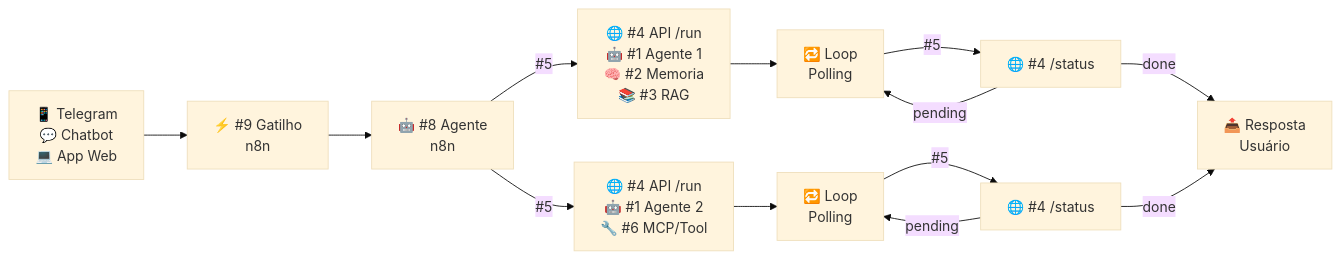
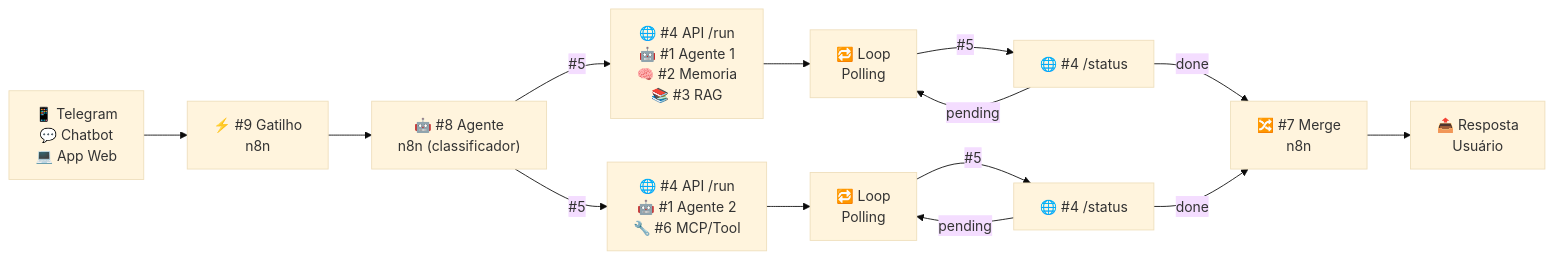
One commit to jcguimaraesnet/course-intelligent-agents changed the diagram in pages/block-project/slide-etapa1-5.md. Above: the diagram before and after it, drawn with Mermaid (base theme). The commit also changed other lines of this file, not shown here.

Commit message:
docs: adicionar no de merge e pergunta exemplo no diagrama de arquitetura da etapa 1.5

````diff
--- a/pages/block-project/slide-etapa1-5.md
+++ b/pages/block-project/slide-etapa1-5.md
@@ -46,17 +46,19 @@
 ```mermaid {theme: 'dark'}
 flowchart LR
     UI["📱 Telegram<br/>💬 Chatbot<br/>💻 App Web"] --> Trigger["⚡ #9 Gatilho<br/>n8n"]
-    Trigger --> AgentN8N["🤖 #8 Agente<br/>n8n"]
+    Trigger --> AgentN8N["🤖 #8 Agente<br/>n8n (classificador)"]
 
     AgentN8N -->|"#5"| API1["🌐 #4 API /run<br/>🤖 #1 Agente 1<br/>🧠 #2 Memoria<br/>📚 #3 RAG"]
     API1 --> Loop1["🔁 Loop<br/>Polling"]
     Loop1 -->|"#5"| Status1["🌐 #4 /status"]
     Status1 -->|"pending"| Loop1
-    Status1 -->|"done"| Response["📤 Resposta<br/>Usuário"]
+    Status1 -->|"done"| Merge["🔀 #7 Merge<br/>n8n"]
 
     AgentN8N -->|"#5"| API2["🌐 #4 API /run<br/>🤖 #1 Agente 2<br/>🔧 #6 MCP/Tool"]
     API2 --> Loop2["🔁 Loop<br/>Polling"]
     Loop2 -->|"#5"| Status2["🌐 #4 /status"]
     Status2 -->|"pending"| Loop2
-    Status2 -->|"done"| Response
+    Status2 -->|"done"| Merge
+
+    Merge --> Response["📤 Resposta<br/>Usuário"]
 ```
````
